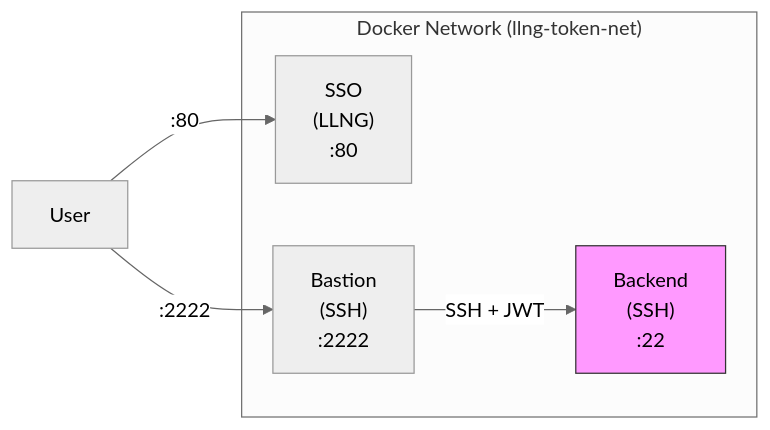
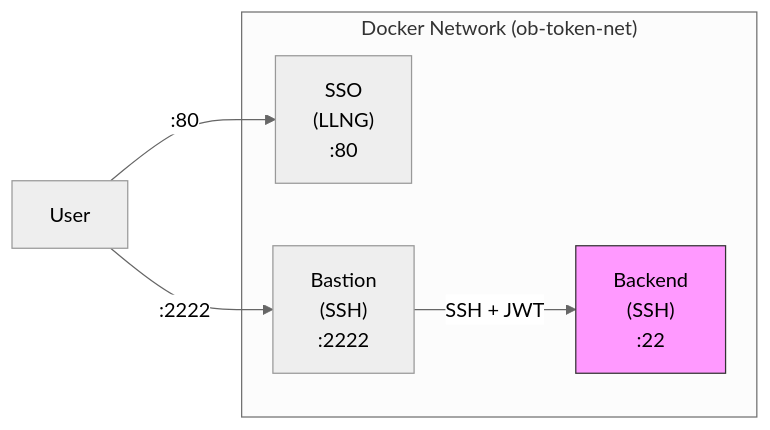
Before and after one commit to linagora/llng-pam-module: the first of 3 diagrams in docker-demo-token/README.md, drawn with Mermaid (neutral theme). The commit also changed other lines of this file, not shown here.

First line of the commit message:
Fix container/network names in docker-demo-token README

````diff
--- a/docker-demo-token/README.md
+++ b/docker-demo-token/README.md
@@ -13,14 +13,14 @@
 ```mermaid
 flowchart LR
-    subgraph Docker["Docker Network (llng-token-net)"]
+    subgraph Docker["Docker Network (ob-token-net)"]
         SSO["SSO<br/>(LLNG)<br/>:80"]
         Bastion["Bastion<br/>(SSH)<br/>:2222"]
         Backend["Backend<br/>(SSH)<br/>:22"]
     end
 
     User["User"] -->|:80| SSO
     User -->|:2222| Bastion
     Bastion -->|SSH + JWT| Backend
 
     style Backend fill:#f9f,stroke:#333
 ```
````
